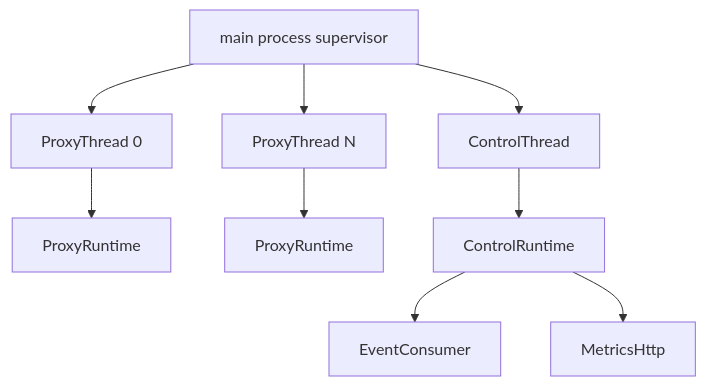
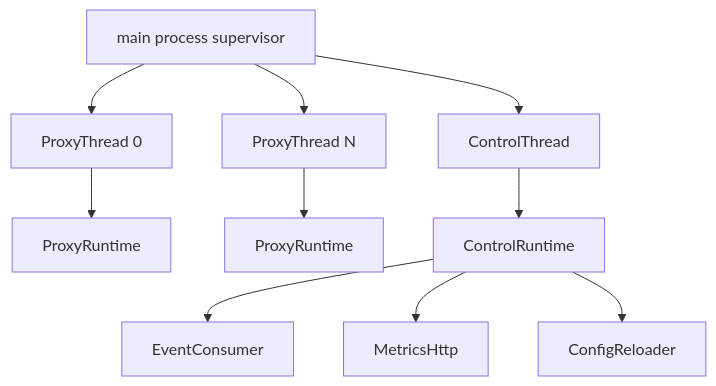
Before and after one commit to raydatray/rusty-mcrouter: the second of 3 diagrams in docs/architecture/README.md, drawn with Mermaid. The commit also changed other lines of this file and 4 other files, not shown here.

````diff
--- a/docs/architecture/README.md
+++ b/docs/architecture/README.md
@@ -49,12 +54,13 @@
 ```mermaid
 flowchart TB
     M[main process supervisor]
     M --> PT0[ProxyThread 0]
     M --> PTN[ProxyThread N]
     M --> CT[ControlThread]
     PT0 --> PR0[ProxyRuntime]
     PTN --> PRN[ProxyRuntime]
     CT --> CR[ControlRuntime]
     CR --> EC[EventConsumer]
     CR --> MH[MetricsHttp]
+    CR --> RL[ConfigReloader]
 ```
````
